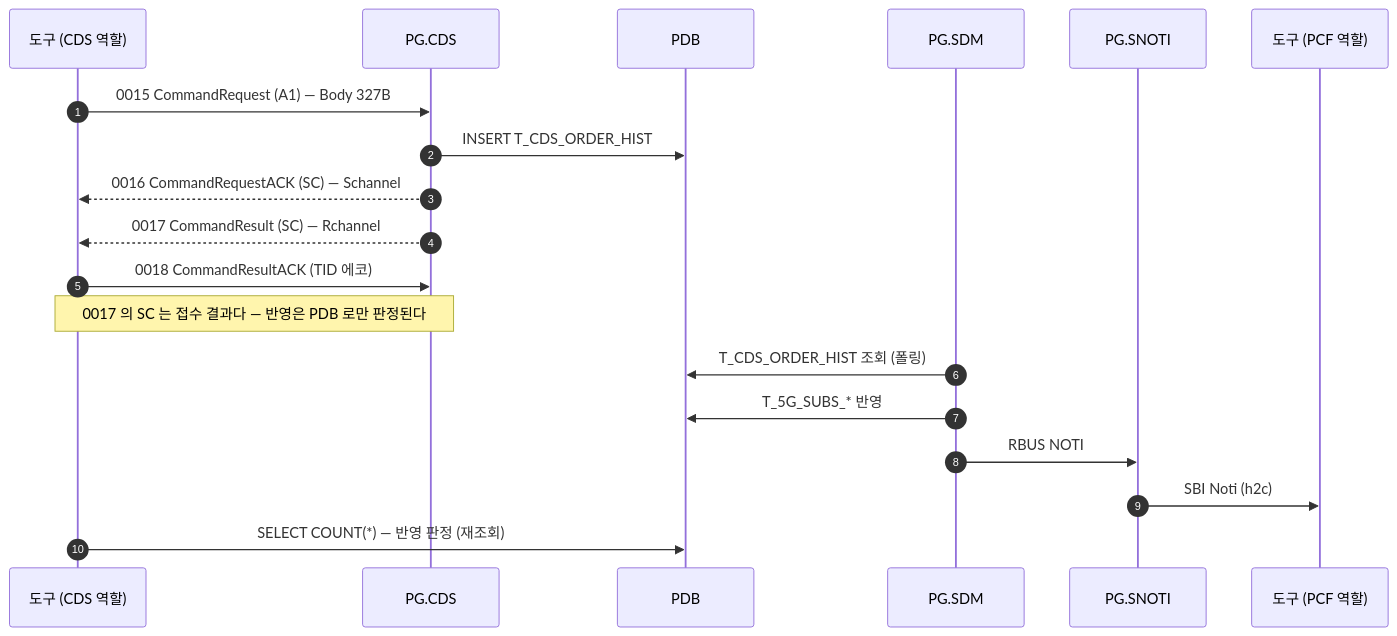
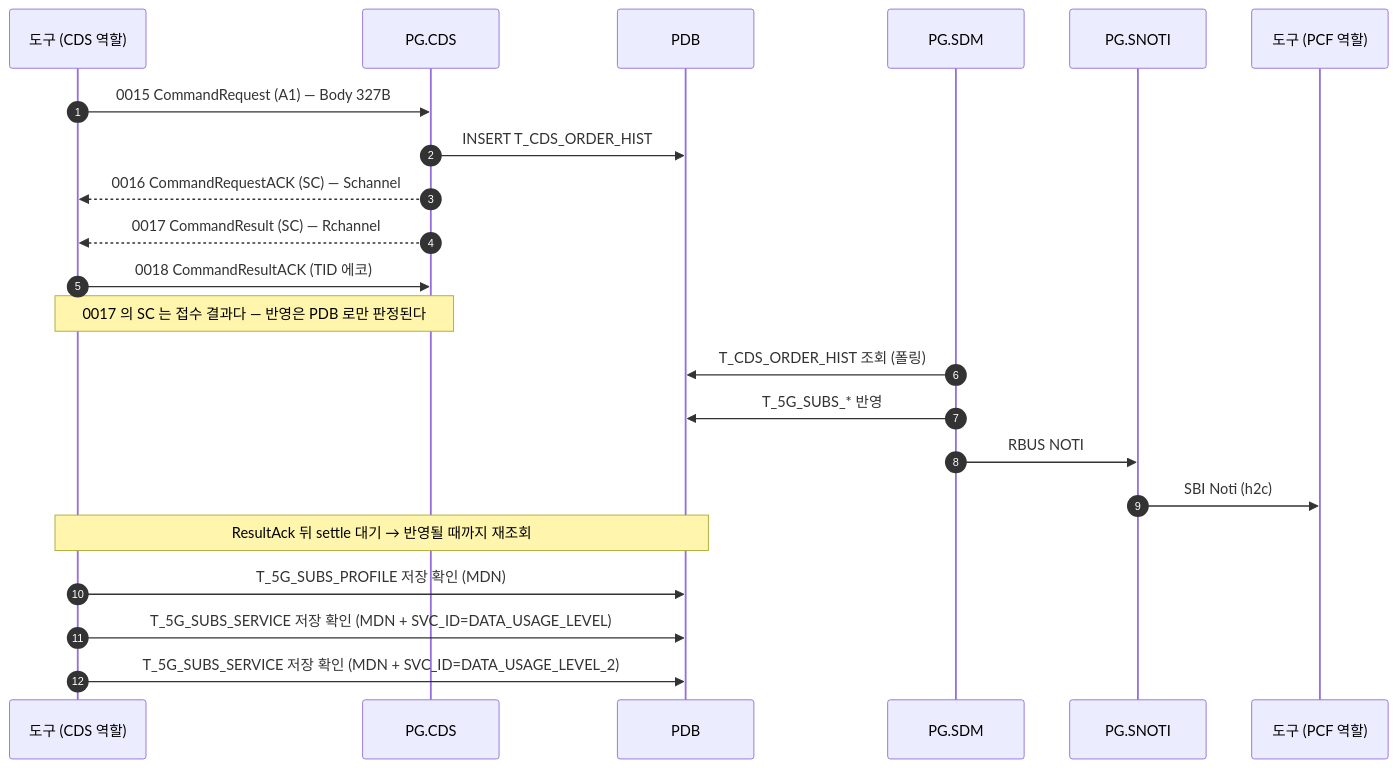
One commit to IanKim2030/tc4robot changed the diagram in docs/callflow/CDS_A1.md. Above: the diagram before and after it, drawn with Mermaid. The commit also changed 18 other files, not shown here.

First line of the commit message:
docs: 콜플로우의 PDB 판정을 코드별 실제 조회로 바꾼다

````diff
--- a/docs/callflow/CDS_A1.md
+++ b/docs/callflow/CDS_A1.md
@@ -17,23 +17,26 @@
 ```mermaid
 sequenceDiagram
     autonumber
     participant TOOL as 도구 (CDS 역할)
     participant PCDS as PG.CDS
     participant PDB as PDB
     participant SDM as PG.SDM
     participant SNOTI as PG.SNOTI
     participant PCF as 도구 (PCF 역할)
 
     TOOL->>PCDS: 0015 CommandRequest (A1) — Body 327B
     PCDS->>PDB: INSERT T_CDS_ORDER_HIST
     PCDS-->>TOOL: 0016 CommandRequestACK (SC) — Schannel
     PCDS-->>TOOL: 0017 CommandResult (SC) — Rchannel
     TOOL->>PCDS: 0018 CommandResultACK (TID 에코)
     Note over TOOL,PCDS: 0017 의 SC 는 접수 결과다 — 반영은 PDB 로만 판정된다
 
     SDM->>PDB: T_CDS_ORDER_HIST 조회 (폴링)
     SDM->>PDB: T_5G_SUBS_* 반영
     SDM->>SNOTI: RBUS NOTI
     SNOTI->>PCF: SBI Noti (h2c)
-    TOOL->>PDB: SELECT COUNT(*) — 반영 판정 (재조회)
+    Note over TOOL,PDB: ResultAck 뒤 settle 대기 → 반영될 때까지 재조회
+    TOOL->>PDB: T_5G_SUBS_PROFILE 저장 확인 (MDN)
+    TOOL->>PDB: T_5G_SUBS_SERVICE 저장 확인 (MDN + SVC_ID=DATA_USAGE_LEVEL)
+    TOOL->>PDB: T_5G_SUBS_SERVICE 저장 확인 (MDN + SVC_ID=DATA_USAGE_LEVEL_2)
 ```
````
